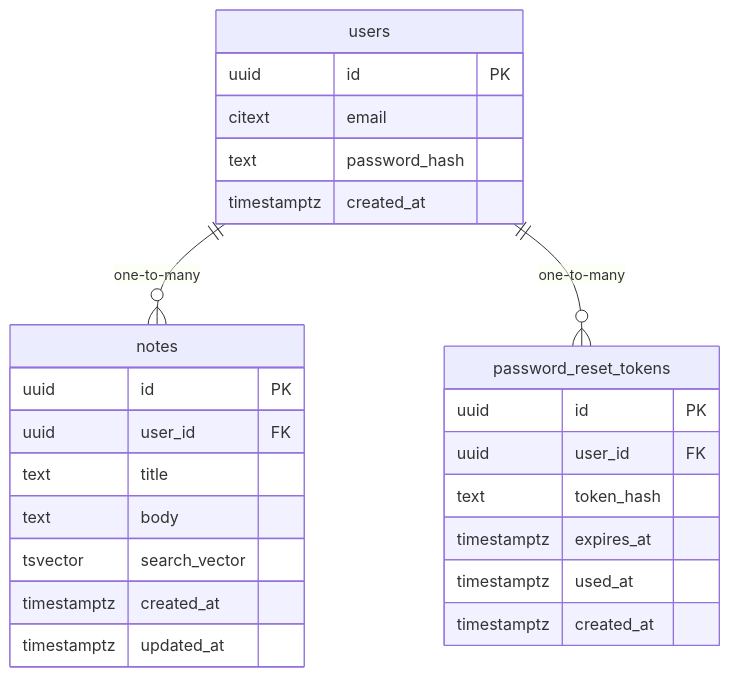
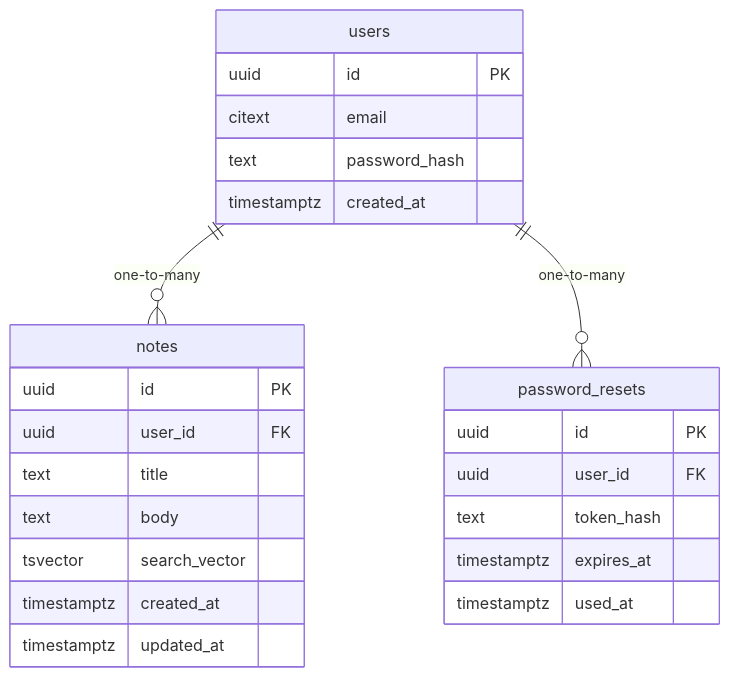
The diagram in docs/sdlc/architecture/data-model.md (satya1802/1simple-note-pad), drawn with Mermaid before and after one commit. The commit also changed other lines of this file and 12 other files, not shown here.

````diff
--- a/docs/sdlc/architecture/data-model.md
+++ b/docs/sdlc/architecture/data-model.md
@@ -45,28 +44,27 @@
 ```mermaid
 erDiagram
   users {
     uuid id PK
     citext email
     text password_hash
     timestamptz created_at
   }
   notes {
     uuid id PK
     uuid user_id FK
     text title
     text body
     tsvector search_vector
     timestamptz created_at
     timestamptz updated_at
   }
-  password_reset_tokens {
+  password_resets {
     uuid id PK
     uuid user_id FK
     text token_hash
     timestamptz expires_at
     timestamptz used_at
-    timestamptz created_at
   }
   users ||--o{ notes : "one-to-many"
-  users ||--o{ password_reset_tokens : "one-to-many"
+  users ||--o{ password_resets : "one-to-many"
 ```
````
